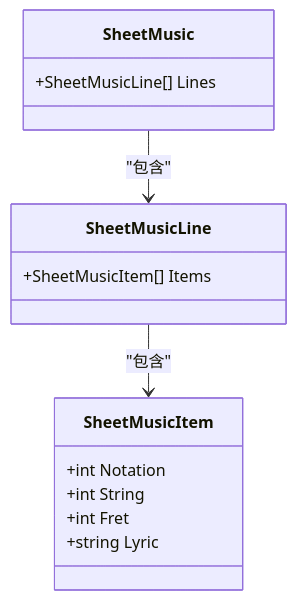
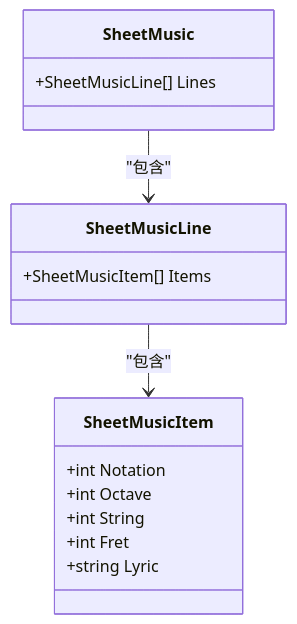
One commit to db300/PdfTool changed the fourth of 7 diagrams in .qoder/repowiki/zh/content/技术架构设计/核心组件/尤克里里乐谱编辑器/简谱转指法转换器.md. Above: the diagram before and after it, drawn with Mermaid. The commit also changed other lines of this file and 2 other files, not shown here.

````diff
--- a/.qoder/repowiki/zh/content/技术架构设计/核心组件/尤克里里乐谱编辑器/简谱转指法转换器.md
+++ b/.qoder/repowiki/zh/content/技术架构设计/核心组件/尤克里里乐谱编辑器/简谱转指法转换器.md
@@ -176,17 +185,18 @@
 ```mermaid
 classDiagram
 class SheetMusicItem {
 +int Notation
++int Octave
 +int String
 +int Fret
 +string Lyric
 }
 class SheetMusicLine {
 +SheetMusicItem[] Items
 }
 class SheetMusic {
 +SheetMusicLine[] Lines
 }
 SheetMusic --> SheetMusicLine : "包含"
 SheetMusicLine --> SheetMusicItem : "包含"
 ```
````
